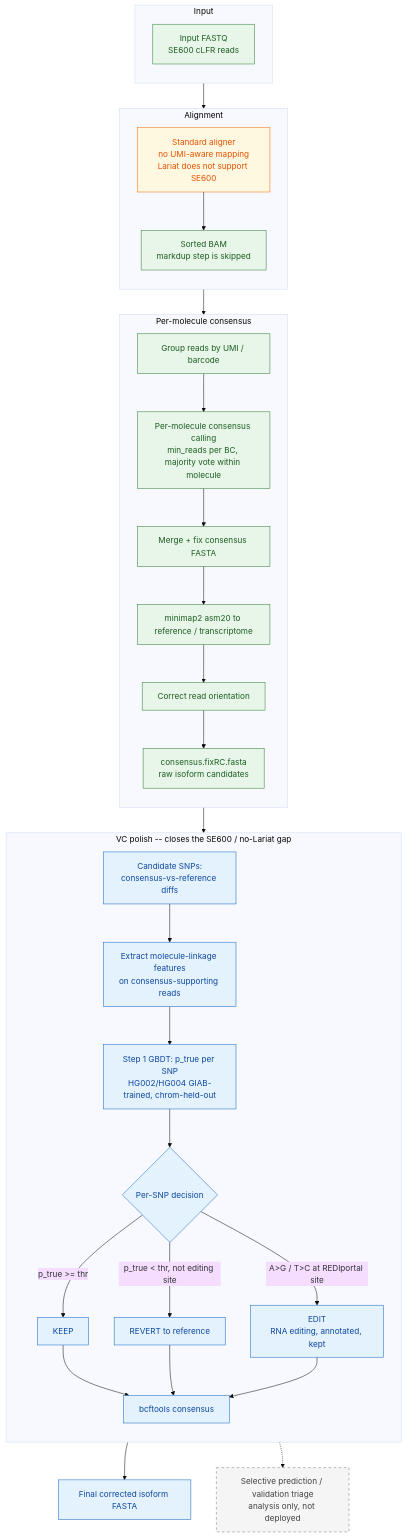
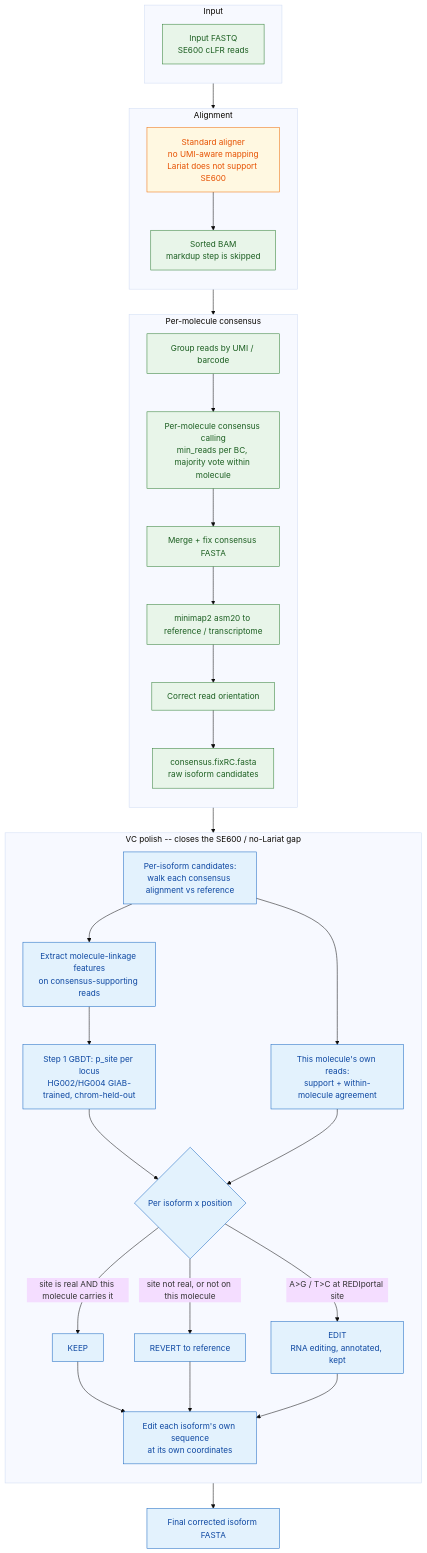
The diagram in README.md (Complete-Genomics/cLFR_SNVpolish), drawn with Mermaid (base theme) before and after one commit. The commit also changed other lines of this file, not shown here.

````diff
--- a/README.md
+++ b/README.md
@@ -107,50 +86,48 @@
 ```mermaid
 flowchart TB
     subgraph INPUT[Input]
         direction TB
         A[Input FASTQ\nSE600 cLFR reads]
     end
 
     subgraph ALIGN[Alignment]
         direction TB
         A --> D[Standard aligner\nno UMI-aware mapping\nLariat does not support SE600]
         D --> E[Sorted BAM\nmarkdup step is skipped]
     end
 
     subgraph CONSENSUS[Per-molecule consensus]
         direction TB
         E --> F[Group reads by UMI / barcode]
         F --> G[Per-molecule consensus calling\nmin_reads per BC, majority vote within molecule]
         G --> H[Merge + fix consensus FASTA]
         H --> I[minimap2 asm20 to reference / transcriptome]
         I --> J[Correct read orientation]
         J --> K[consensus.fixRC.fasta\nraw isoform candidates]
     end
 
     subgraph POLISH[VC polish -- closes the SE600 / no-Lariat gap]
         direction TB
-        K --> L[Candidate SNPs:\nconsensus-vs-reference diffs]
+        K --> L[Per-isoform candidates:\nwalk each consensus alignment vs reference]
         L --> M[Extract molecule-linkage features\non consensus-supporting reads]
-        M --> N[Step 1 GBDT: p_true per SNP\nHG002/HG004 GIAB-trained, chrom-held-out]
-        N --> O{Per-SNP decision}
-        O -->|p_true >= thr| P[KEEP]
-        O -->|p_true < thr, not editing site| Q[REVERT to reference]
+        M --> N[Step 1 GBDT: p_site per locus\nHG002/HG004 GIAB-trained, chrom-held-out]
+        L --> U[This molecule's own reads:\nsupport + within-molecule agreement]
+        N --> O{Per isoform x position}
+        U --> O
+        O -->|site is real AND this molecule carries it| P[KEEP]
+        O -->|site not real, or not on this molecule| Q[REVERT to reference]
         O -->|A>G / T>C at REDIportal site| R[EDIT\nRNA editing, annotated, kept]
-        P --> S[bcftools consensus]
+        P --> S[Edit each isoform's own sequence\nat its own coordinates]
         Q --> S
         R --> S
     end
 
     S --> T[Final corrected isoform FASTA]
 
-    N -.-> U[Selective prediction / validation triage\nanalysis only, not deployed]
-
     classDef production fill:#e8f5e9,stroke:#2e7d32,color:#1b5e20;
     classDef gap fill:#fff8e1,stroke:#ef6c00,color:#e65100;
     classDef polish fill:#e3f2fd,stroke:#1565c0,color:#0d47a1;
-    classDef analysis fill:#f5f5f5,stroke:#757575,color:#424242,stroke-dasharray: 5 5;
     class A,E,F,G,H,I,J,K production;
     class D gap;
-    class L,M,N,O,P,Q,R,S,T polish;
-    class U analysis;
+    class L,M,N,O,P,Q,R,S,T,U polish;
 ```
````
